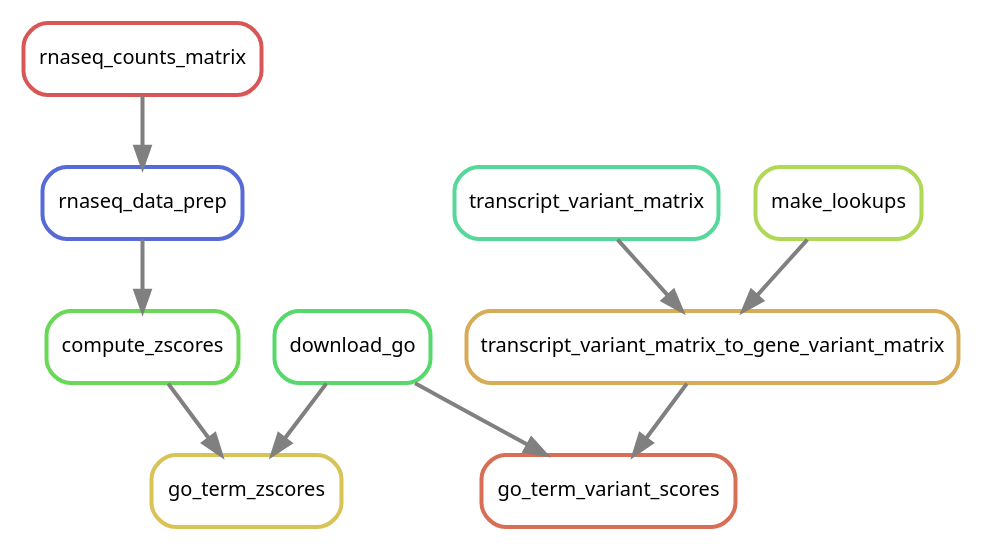
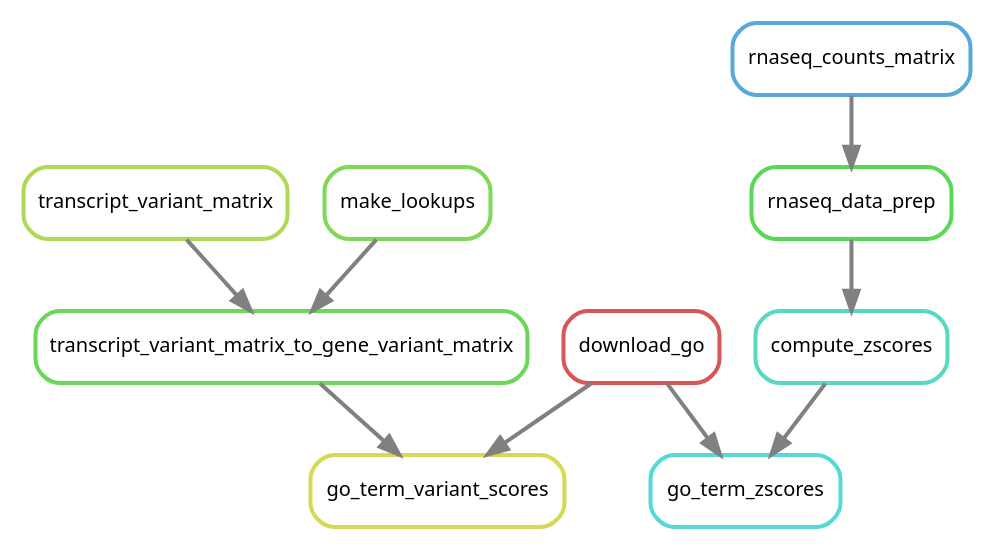
Before and after one commit to NCBI-Hackathons/Pharmacogenomics_Prediction_Pipeline_P3: the diagram in doc/source/images/go.dot, drawn with Graphviz. The commit also changed 28 other files, not shown here.

```diff
--- a/doc/source/images/go.dot
+++ b/doc/source/images/go.dot
@@ -1,22 +1,22 @@
 digraph snakemake_dag {
     graph[bgcolor=white, margin=0];
     node[shape=box, style=rounded, fontname=sans,                 fontsize=10, penwidth=2];
     edge[penwidth=2, color=grey];
-	0[label = "rnaseq_counts_matrix", color = "0.00 0.6 0.85", style="rounded"];
-	1[label = "transcript_variant_matrix", color = "0.42 0.6 0.85", style="rounded"];
-	2[label = "make_lookups", color = "0.22 0.6 0.85", style="rounded"];
-	3[label = "compute_zscores", color = "0.31 0.6 0.85", style="rounded"];
-	4[label = "rnaseq_data_prep", color = "0.64 0.6 0.85", style="rounded"];
-	5[label = "go_term_zscores", color = "0.14 0.6 0.85", style="rounded"];
-	6[label = "go_term_variant_scores", color = "0.03 0.6 0.85", style="rounded"];
-	7[label = "transcript_variant_matrix_to_gene_variant_matrix", color = "0.11 0.6 0.85", style="rounded"];
-	8[label = "download_go", color = "0.36 0.6 0.85", style="rounded"];
-	4 -> 3
-	0 -> 4
-	8 -> 5
+	0[label = "go_term_zscores", color = "0.50 0.6 0.85", style="rounded"];
+	1[label = "go_term_variant_scores", color = "0.17 0.6 0.85", style="rounded"];
+	2[label = "download_go", color = "0.00 0.6 0.85", style="rounded"];
+	3[label = "transcript_variant_matrix", color = "0.22 0.6 0.85", style="rounded"];
+	4[label = "make_lookups", color = "0.28 0.6 0.85", style="rounded"];
+	5[label = "transcript_variant_matrix_to_gene_variant_matrix", color = "0.31 0.6 0.85", style="rounded"];
+	6[label = "rnaseq_counts_matrix", color = "0.56 0.6 0.85", style="rounded"];
+	7[label = "compute_zscores", color = "0.47 0.6 0.85", style="rounded"];
+	8[label = "rnaseq_data_prep", color = "0.33 0.6 0.85", style="rounded"];
+	7 -> 0
+	2 -> 0
+	5 -> 1
+	2 -> 1
+	4 -> 5
 	3 -> 5
-	7 -> 6
-	8 -> 6
-	1 -> 7
-	2 -> 7
+	8 -> 7
+	6 -> 8
 }            
```
